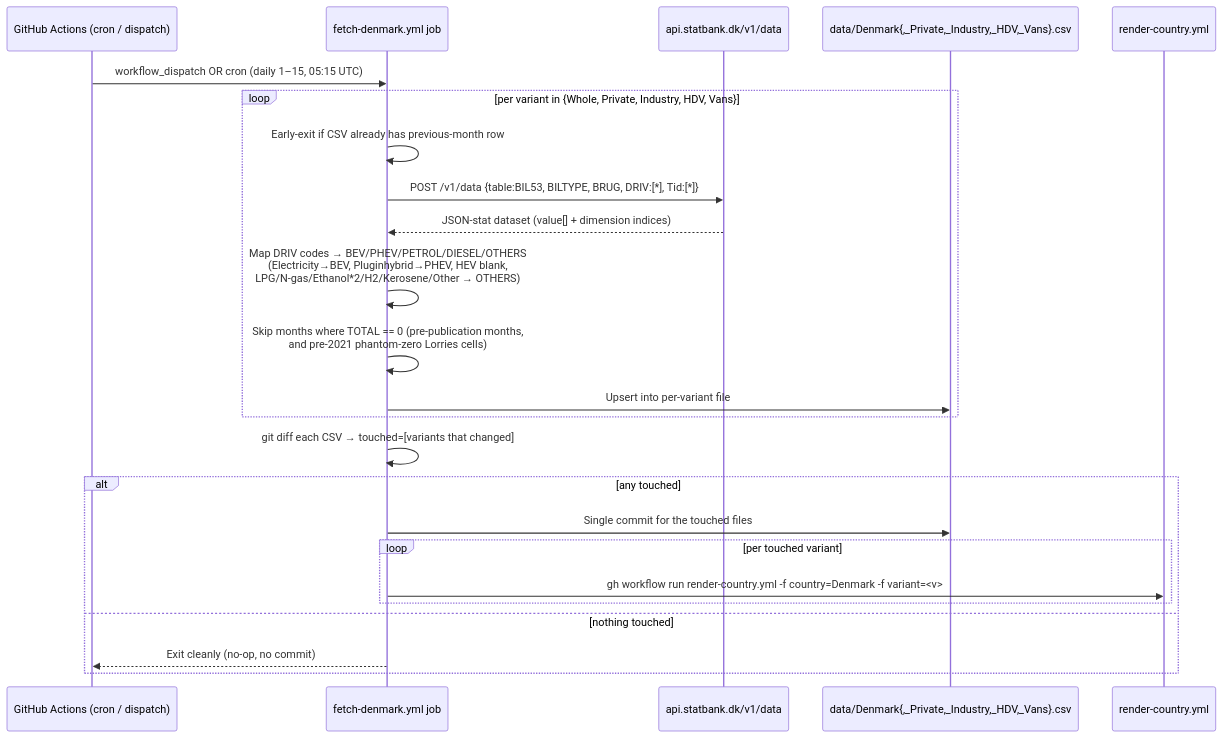
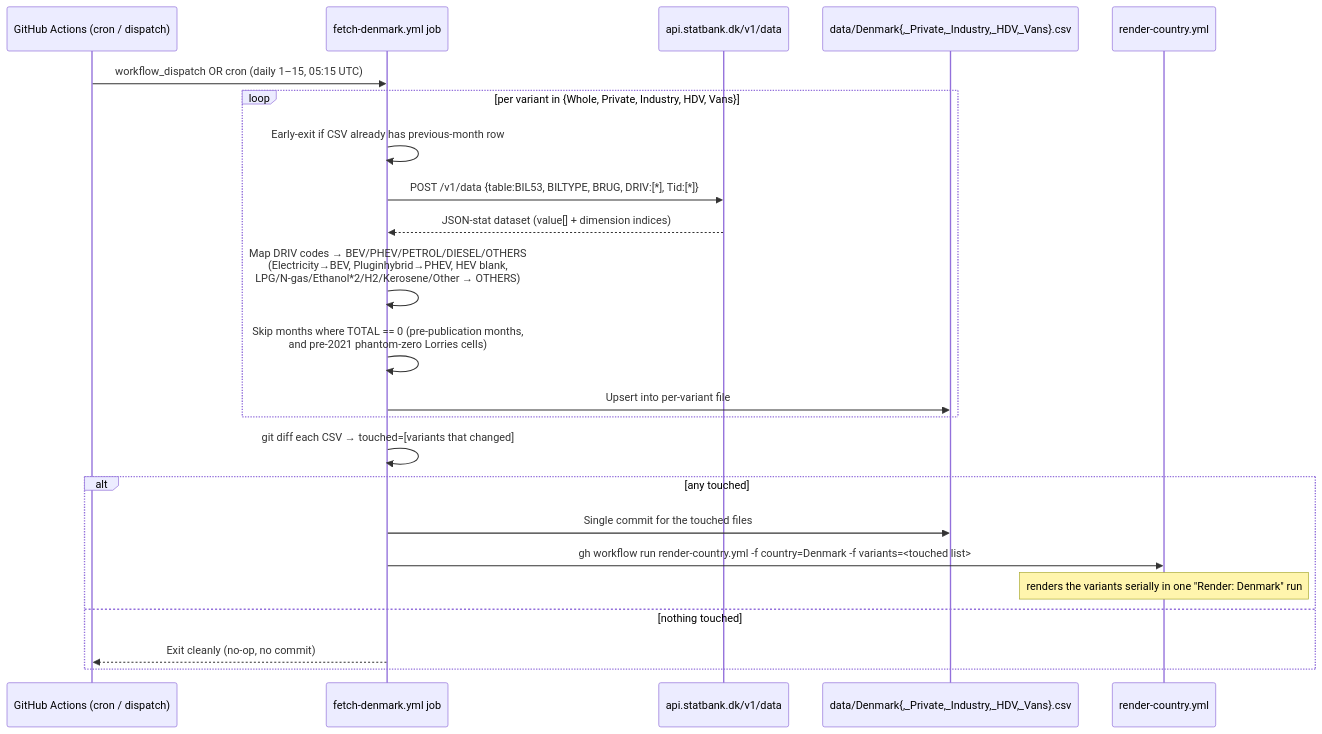
Before and after one commit to LeRaffl/LeRaffl-Gallery: diagram 19 of 24 in docs/architecture/05-flows.md, drawn with Mermaid. The commit also changed other lines of this file and 26 other files, not shown here.

````diff
--- a/docs/architecture/05-flows.md
+++ b/docs/architecture/05-flows.md
@@ -1068,27 +1070,26 @@
 ```mermaid
 sequenceDiagram
     participant Cron as GitHub Actions (cron / dispatch)
     participant Job as fetch-denmark.yml job
     participant API as api.statbank.dk/v1/data
     participant CSVs as data/Denmark{,_Private,_Industry,_HDV,_Vans}.csv
     participant Render as render-country.yml
 
     Cron->>Job: workflow_dispatch OR cron (daily 1–15, 05:15 UTC)
     loop per variant in {Whole, Private, Industry, HDV, Vans}
         Job->>Job: Early-exit if CSV already has previous-month row
         Job->>API: POST /v1/data {table:BIL53, BILTYPE, BRUG, DRIV:[*], Tid:[*]}
         API-->>Job: JSON-stat dataset (value[] + dimension indices)
         Job->>Job: Map DRIV codes → BEV/PHEV/PETROL/DIESEL/OTHERS<br/>(Electricity→BEV, Pluginhybrid→PHEV, HEV blank,<br/>LPG/N-gas/Ethanol*2/H2/Kerosene/Other → OTHERS)
         Job->>Job: Skip months where TOTAL == 0 (pre-publication months,<br/>and pre-2021 phantom-zero Lorries cells)
         Job->>CSVs: Upsert into per-variant file
     end
     Job->>Job: git diff each CSV → touched=[variants that changed]
     alt any touched
         Job->>CSVs: Single commit for the touched files
-        loop per touched variant
-            Job->>Render: gh workflow run render-country.yml -f country=Denmark -f variant=<v>
-        end
+        Job->>Render: gh workflow run render-country.yml -f country=Denmark -f variants=<touched list>
+        Note over Render: renders the variants serially in one "Render: Denmark" run
     else nothing touched
         Job-->>Cron: Exit cleanly (no-op, no commit)
     end
 ```
````
